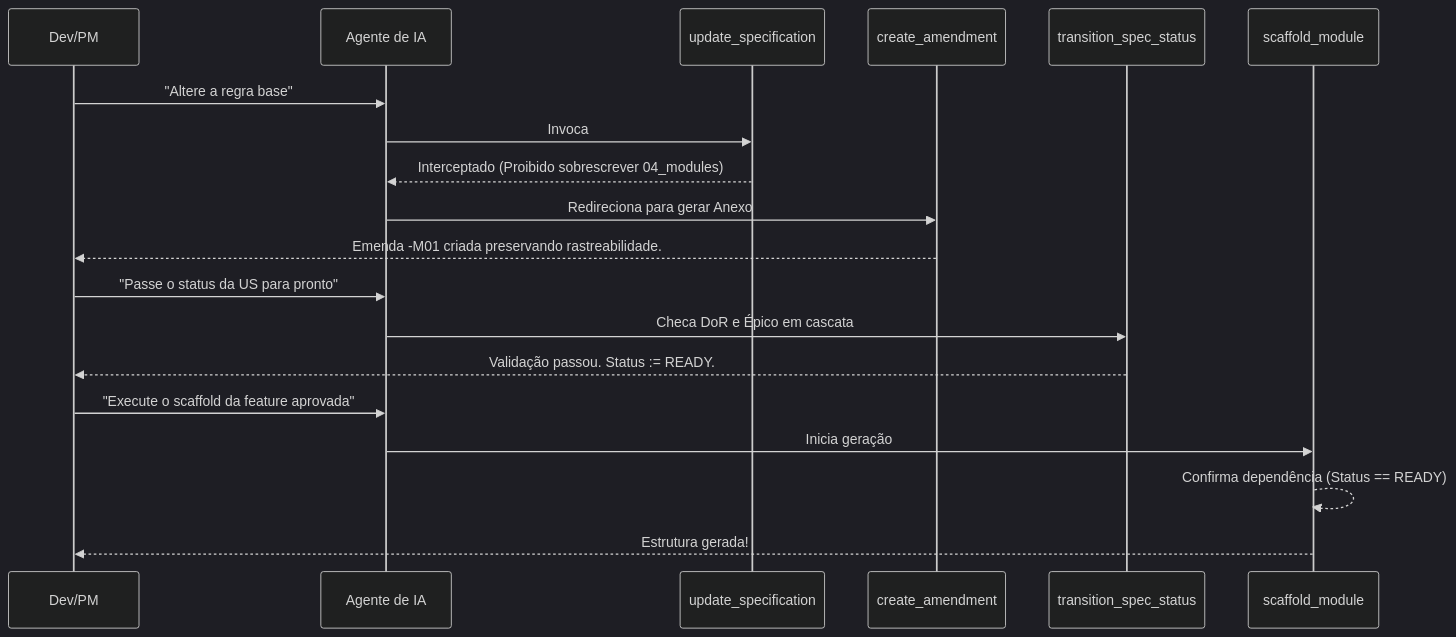
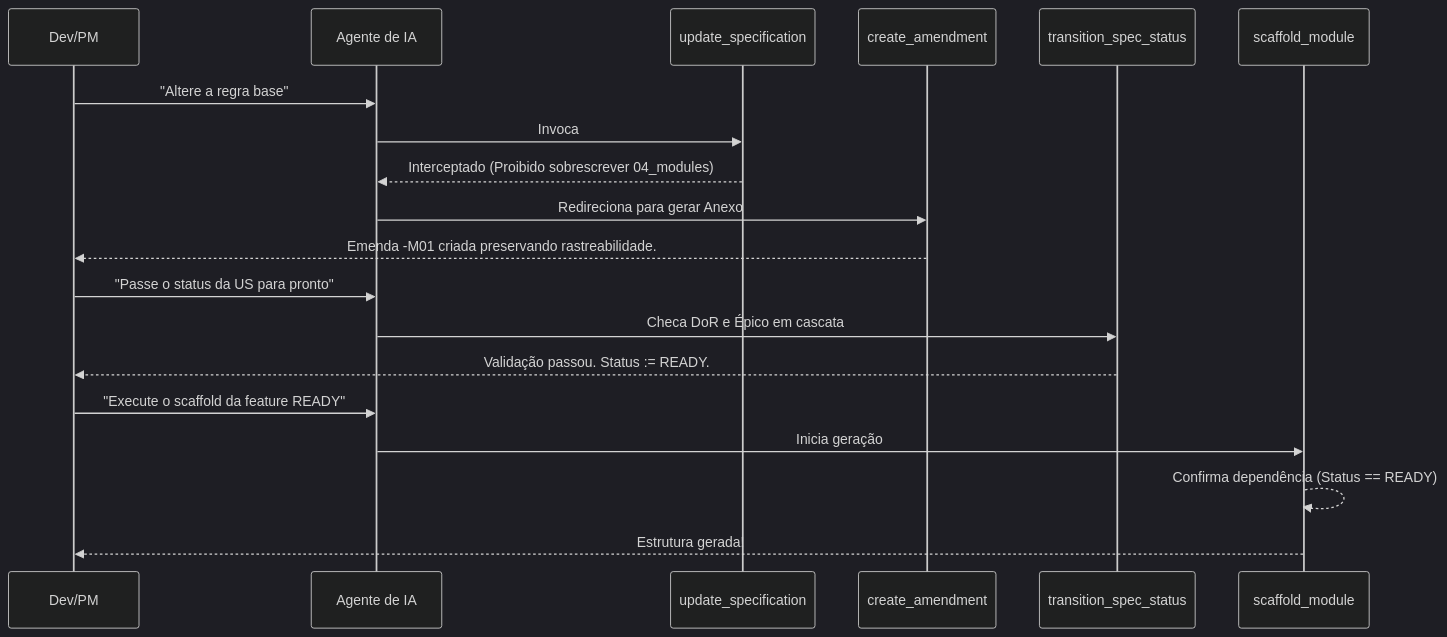
One commit to sulivanti/easycf changed the third of 3 diagrams in docs/01_normativos/DOC-DEV-002_fluxo_agentes_e_governanca.md. Above: the diagram before and after it, drawn with Mermaid (dark theme). The commit also changed 91 other files, not shown here.

````diff
--- a/docs/01_normativos/DOC-DEV-002_fluxo_agentes_e_governanca.md
+++ b/docs/01_normativos/DOC-DEV-002_fluxo_agentes_e_governanca.md
@@ -102,24 +102,24 @@
 ```mermaid
 sequenceDiagram
     participant Dev as Dev/PM
     participant Agente as Agente de IA
     participant update_spec as update_specification
     participant create_amend as create_amendment
     participant trans_status as transition_spec_status
     participant scaffold as scaffold_module
 
     Dev->>Agente: "Altere a regra base"
     Agente->>update_spec: Invoca
     update_spec-->>Agente: Interceptado (Proibido sobrescrever 04_modules)
     Agente->>create_amend: Redireciona para gerar Anexo
     create_amend-->>Dev: Emenda -M01 criada preservando rastreabilidade.
 
     Dev->>Agente: "Passe o status da US para pronto"
     Agente->>trans_status: Checa DoR e Épico em cascata
     trans_status-->>Dev: Validação passou. Status := READY.
 
-    Dev->>Agente: "Execute o scaffold da feature aprovada"
+    Dev->>Agente: "Execute o scaffold da feature READY"
     Agente->>scaffold: Inicia geração
     scaffold-->>scaffold: Confirma dependência (Status == READY)
     scaffold-->>Dev: Estrutura gerada!
 ```
````
